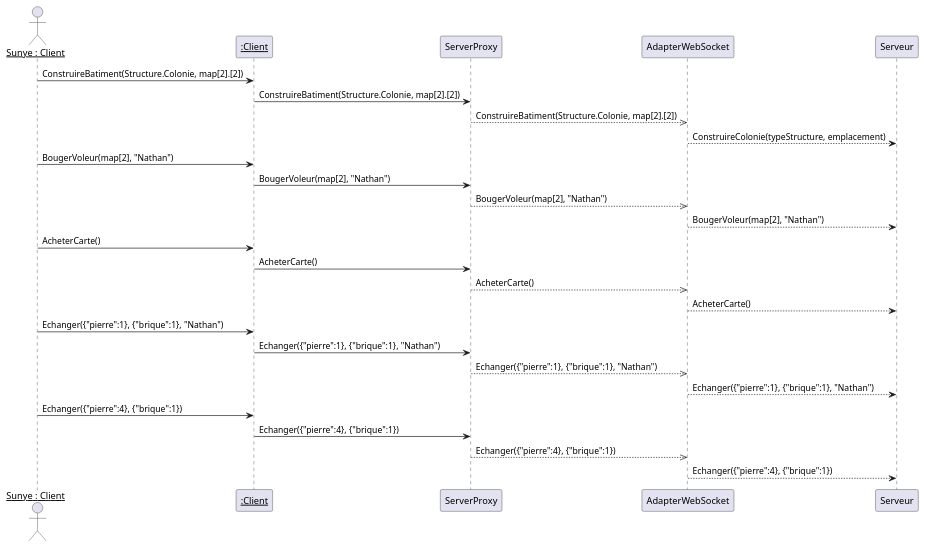
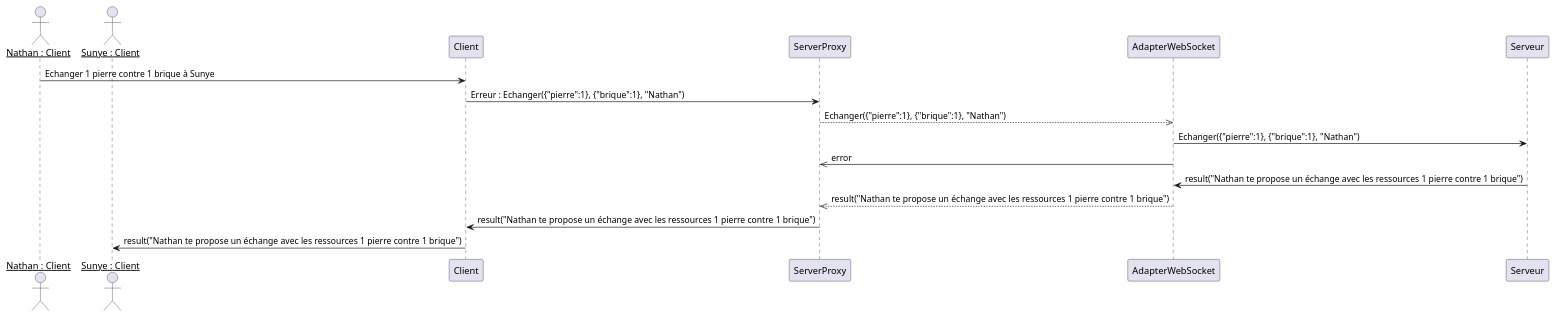
One commit to theray1/Les-Colons-De-Catane changed the third of 4 diagrams in catan-doc/modules/composants/pages/sequenceDiagram.adoc. Above: the diagram before and after it, drawn with PlantUML. The commit also changed other lines of this file, not shown here.

```diff
--- a/catan-doc/modules/composants/pages/sequenceDiagram.adoc
+++ b/catan-doc/modules/composants/pages/sequenceDiagram.adoc
@@ -24,34 +50,18 @@
 [plantuml]
 ....
-@startuml
 
-actor "__Sunye : Client__" as nathan
-participant "__:Client__" as Client
+actor "__Nathan : Client__" as nathan
+actor "__Sunye : Client__" as sunye
 
-nathan -> Client : ConstruireBatiment(Structure.Colonie, map[2].[2])
-Client -> ServerProxy : ConstruireBatiment(Structure.Colonie, map[2].[2])
-ServerProxy -->> AdapterWebSocket : ConstruireBatiment(Structure.Colonie, map[2].[2])
-AdapterWebSocket --> Serveur : ConstruireColonie(typeStructure, emplacement)
+nathan -> Client : Echanger 1 pierre contre 1 brique à Sunye
+Client -> ServerProxy : Erreur : Echanger({"pierre":1}, {"brique":1}, "Nathan")
+ServerProxy -->> AdapterWebSocket : Echanger({"pierre":1}, {"brique":1}, "Nathan")
+AdapterWebSocket -> Serveur : Echanger({"pierre":1}, {"brique":1}, "Nathan")
+AdapterWebSocket ->> ServerProxy : error
 
-nathan -> Client : BougerVoleur(map[2], "Nathan")
-Client -> ServerProxy : BougerVoleur(map[2], "Nathan")
-ServerProxy -->> AdapterWebSocket : BougerVoleur(map[2], "Nathan")
-AdapterWebSocket --> Serveur : BougerVoleur(map[2], "Nathan")
 
-nathan -> Client : AcheterCarte()
-Client -> ServerProxy : AcheterCarte()
-ServerProxy -->> AdapterWebSocket : AcheterCarte()
-AdapterWebSocket --> Serveur : AcheterCarte()
-
-nathan -> Client : Echanger({"pierre":1}, {"brique":1}, "Nathan")
-Client -> ServerProxy : Echanger({"pierre":1}, {"brique":1}, "Nathan")
-ServerProxy -->> AdapterWebSocket : Echanger({"pierre":1}, {"brique":1}, "Nathan")
-AdapterWebSocket --> Serveur : Echanger({"pierre":1}, {"brique":1}, "Nathan")
-
-nathan -> Client : Echanger({"pierre":4}, {"brique":1})
-Client -> ServerProxy : Echanger({"pierre":4}, {"brique":1})
-ServerProxy -->> AdapterWebSocket : Echanger({"pierre":4}, {"brique":1})
-AdapterWebSocket --> Serveur : Echanger({"pierre":4}, {"brique":1})
-
-@enduml
+Serveur -> AdapterWebSocket : result("Nathan te propose un échange avec les ressources 1 pierre contre 1 brique")
+AdapterWebSocket -->> ServerProxy : result("Nathan te propose un échange avec les ressources 1 pierre contre 1 brique")
+ServerProxy -> Client : result("Nathan te propose un échange avec les ressources 1 pierre contre 1 brique")
+Client -> sunye : result("Nathan te propose un échange avec les ressources 1 pierre contre 1 brique")
 ....
```
